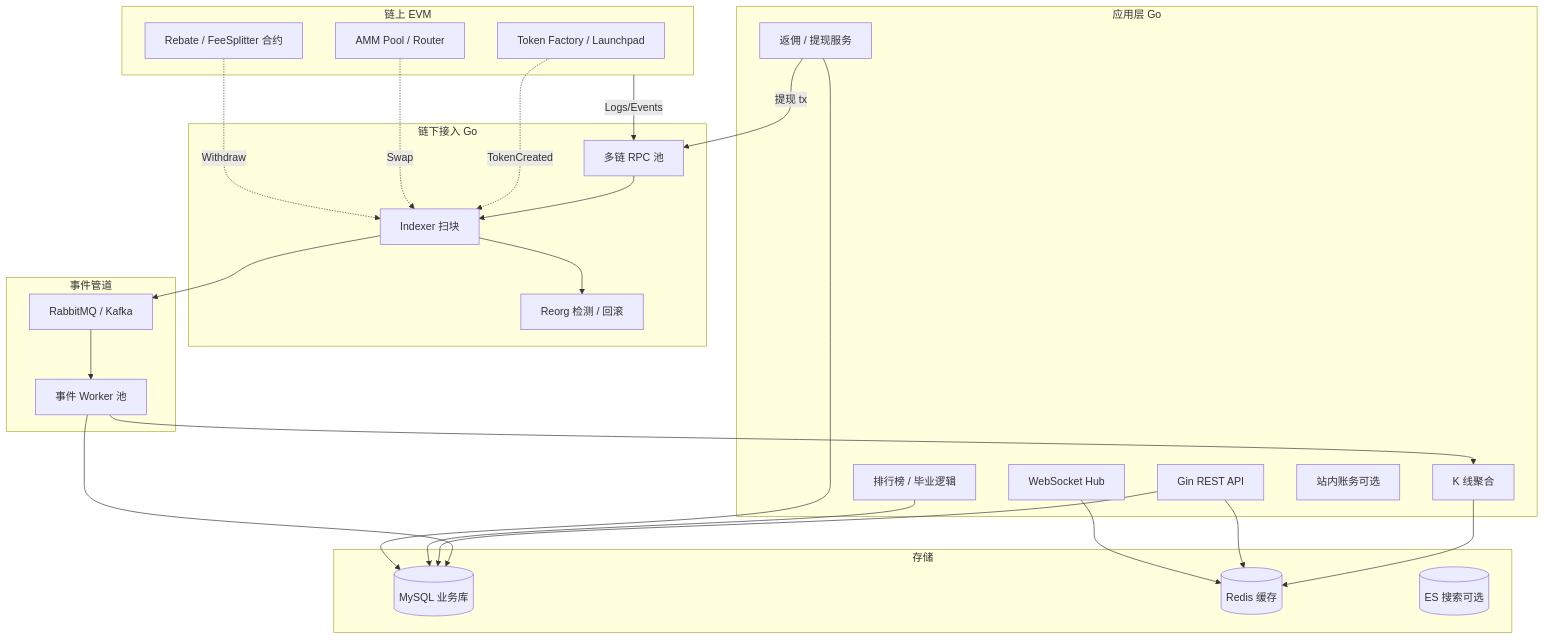
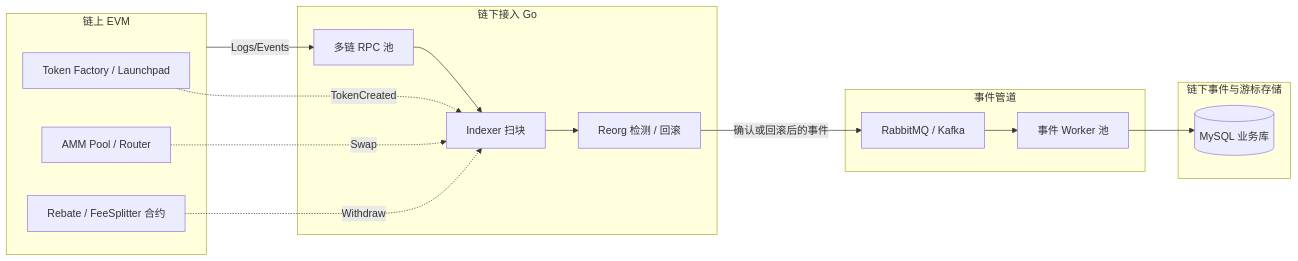
The first of 3 diagrams in docs/interview/14-dex-cex-engineering/S-EXCH-14-web3-exchange-fullstack-architecture.md (twodog-tt/Golang-development-manual), drawn with Mermaid before and after one commit. The commit also changed 15 other files, not shown here.

Commit message:
feat: add interactive Mermaid viewer

````diff
--- a/docs/interview/14-dex-cex-engineering/S-EXCH-14-web3-exchange-fullstack-architecture.md
+++ b/docs/interview/14-dex-cex-engineering/S-EXCH-14-web3-exchange-fullstack-architecture.md
@@ -37,45 +39,27 @@
 ```mermaid
-flowchart TB
+flowchart LR
   subgraph Chain[链上 EVM]
     Factory[Token Factory / Launchpad]
     Pool[AMM Pool / Router]
     Rebate[Rebate / FeeSplitter 合约]
   end
   subgraph Ingest[链下接入 Go]
     RPC[多链 RPC 池]
     Idx[Indexer 扫块]
     Reorg[Reorg 检测 / 回滚]
   end
   subgraph Pipeline[事件管道]
     MQ[RabbitMQ / Kafka]
     Worker[事件 Worker 池]
   end
-  subgraph App[应用层 Go]
-    API[Gin REST API]
-    WS[WebSocket Hub]
-    Kline[K 线聚合]
-    Rank[排行榜 / 毕业逻辑]
-    RebateSvc[返佣 / 提现服务]
-    Ledger[站内账务可选]
-  end
-  subgraph Store[存储]
+  subgraph Store[链下事件与游标存储]
     MySQL[(MySQL 业务库)]
-    Redis[(Redis 缓存)]
-    ES[(ES 搜索可选)]
   end
   Chain -->|Logs/Events| RPC --> Idx
   Idx --> Reorg
-  Idx --> MQ --> Worker
+  Reorg -->|确认或回滚后的事件| MQ --> Worker
   Worker --> MySQL
-  Worker --> Kline
-  Kline --> Redis
-  API --> MySQL
-  API --> Redis
-  WS --> Redis
-  Rank --> MySQL
-  RebateSvc --> MySQL
-  RebateSvc -->|提现 tx| RPC
   Factory -.->|TokenCreated| Idx
   Pool -.->|Swap| Idx
   Rebate -.->|Withdraw| Idx
 ```
````
